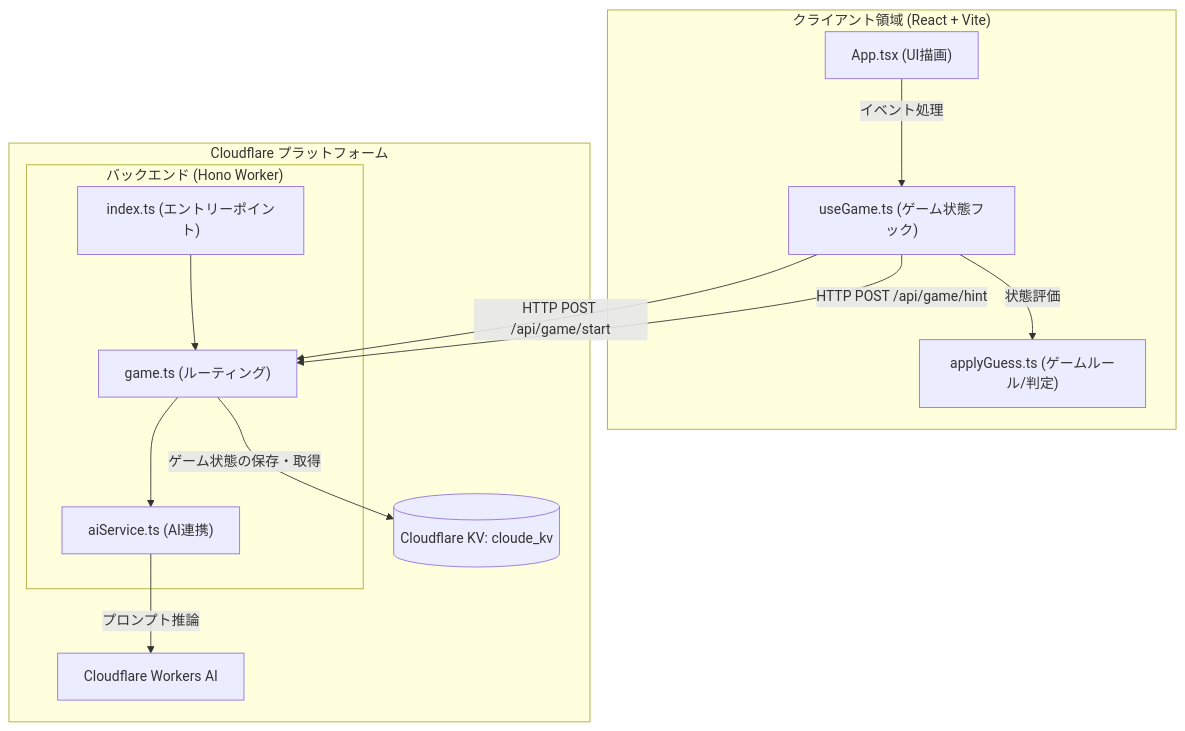
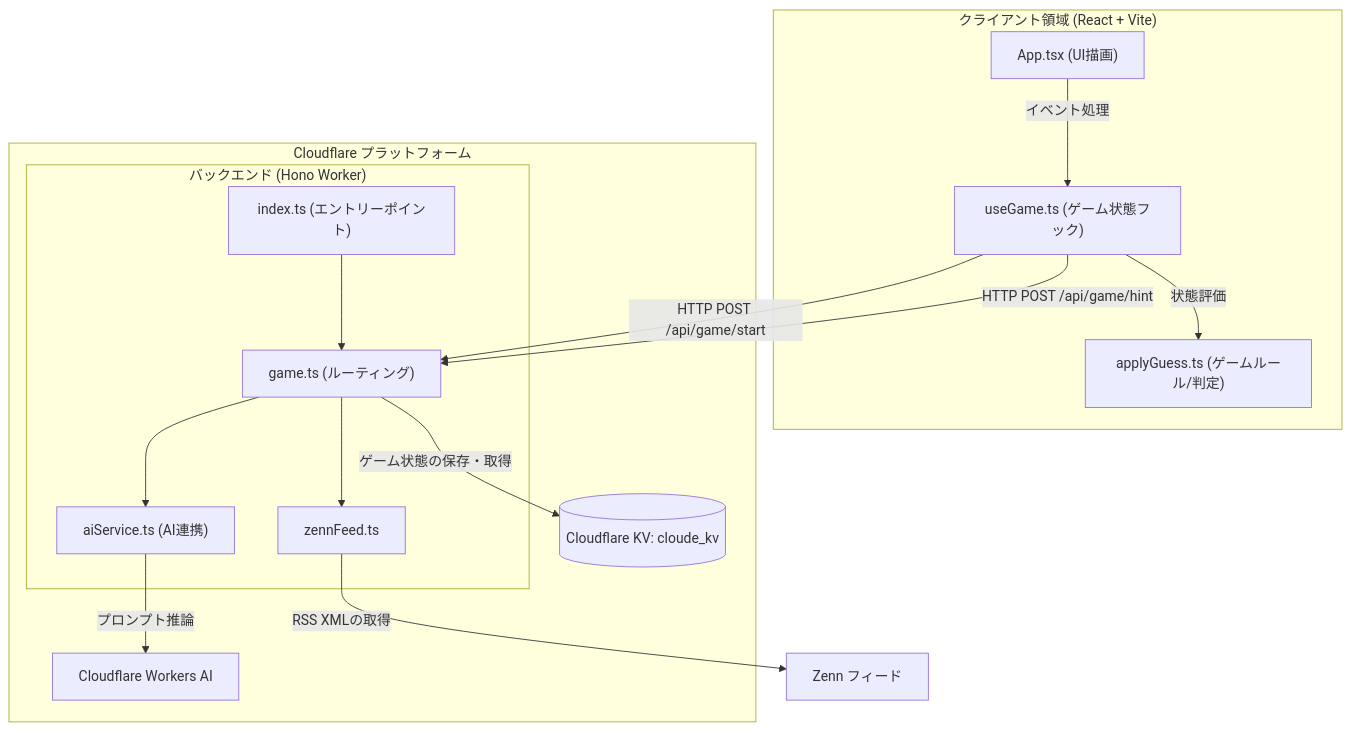
Before and after one commit to Eztas/cloude: the first of 3 diagrams in docs/architecture.md, drawn with Mermaid. The commit also changed other lines of this file and 1 other file, not shown here.

````diff
--- a/docs/architecture.md
+++ b/docs/architecture.md
@@ -43,29 +44,34 @@
 ```mermaid
 graph TD
     subgraph Client ["クライアント領域 (React + Vite)"]
         App["App.tsx (UI描画)"]
         useGame["useGame.ts (ゲーム状態フック)"]
         applyGuess["applyGuess.ts (ゲームルール/判定)"]
         App -->|イベント処理| useGame
         useGame -->|状態評価| applyGuess
     end
 
     subgraph Cloudflare ["Cloudflare プラットフォーム"]
         subgraph Worker ["バックエンド (Hono Worker)"]
             index["index.ts (エントリーポイント)"]
             gameRouter["game.ts (ルーティング)"]
             aiService["aiService.ts (AI連携)"]
+            zennFeed["zennFeed.ts"]
             index --> gameRouter
             gameRouter --> aiService
+            gameRouter --> zennFeed
         end
         
         KV[("Cloudflare KV: cloude_kv")]
         WorkersAI["Cloudflare Workers AI"]
     end
 
+    ExternalFeed["Zenn フィード"]
+
     %% 通信経路
     useGame -->|HTTP POST /api/game/start| gameRouter
     useGame -->|HTTP POST /api/game/hint| gameRouter
     gameRouter -->|ゲーム状態の保存・取得| KV
+    zennFeed -->|RSS XMLの取得| ExternalFeed
     aiService -->|プロンプト推論| WorkersAI
 ```
````
